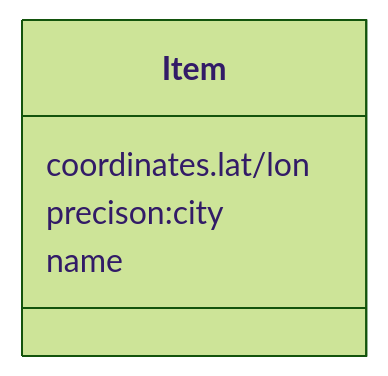
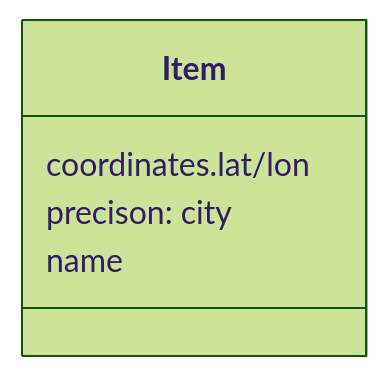
The sixth of 10 diagrams in README.md (SmalsResearch/bePelias), drawn with Mermaid (forest theme) before and after one commit. The commit also changed other lines of this file and 3 other files, not shown here.

````diff
--- a/README.md
+++ b/README.md
@@ -486,9 +499,8 @@
 ```mermaid 
 classDiagram
 class Item {
     coordinates.lat/lon
-    precison:city
+    precison: city
     name
 }
-
 ```
````
